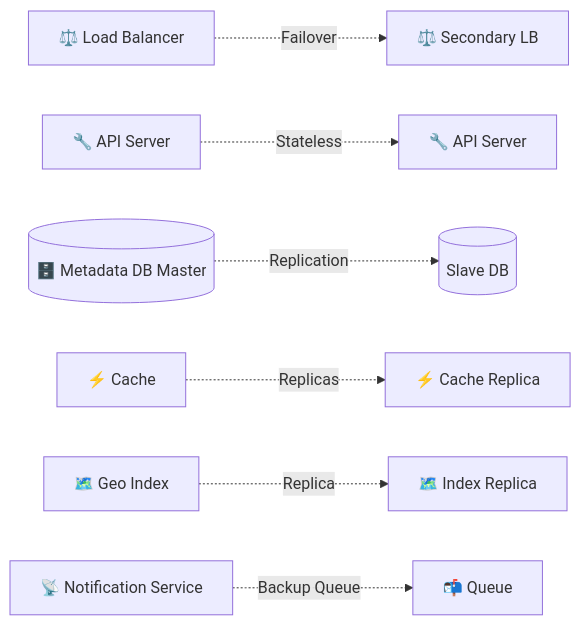
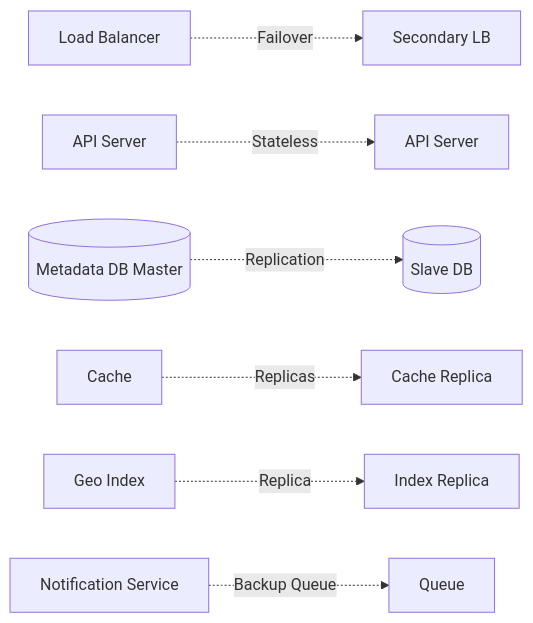
The sixth of 6 diagrams in 14.ProximityService.md (NalinDalal/system-design), drawn with Mermaid before and after one commit. The commit also changed other lines of this file and 1 other file, not shown here.

Commit message:
proximity service

````diff
--- a/14.ProximityService.md
+++ b/14.ProximityService.md
@@ -237,9 +237,9 @@
 ```mermaid
 graph LR
-    LB[⚖️ Load Balancer] -.->|Failover| LB2[⚖️ Secondary LB]
-    API[🔧 API Server] -.->|Stateless| API2[🔧 API Server]
-    DB[(🗄️ Metadata DB Master)] -.->|Replication| DB2[(Slave DB)]
-    CACHE[⚡ Cache] -.->|Replicas| CACHE2[⚡ Cache Replica]
-    IDX[🗺️ Geo Index] -.->|Replica| IDX2[🗺️ Index Replica]
-    NS[📡 Notification Service] -.->|Backup Queue| Q[📬 Queue]
+    LB[ Load Balancer] -.->|Failover| LB2[ Secondary LB]
+    API[ API Server] -.->|Stateless| API2[ API Server]
+    DB[( Metadata DB Master)] -.->|Replication| DB2[(Slave DB)]
+    CACHE[ Cache] -.->|Replicas| CACHE2[ Cache Replica]
+    IDX[ Geo Index] -.->|Replica| IDX2[ Index Replica]
+    NS[ Notification Service] -.->|Backup Queue| Q[ Queue]
 ```
````
